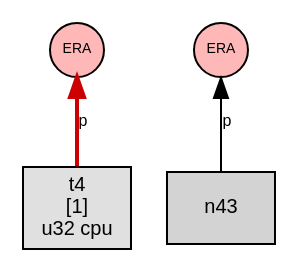
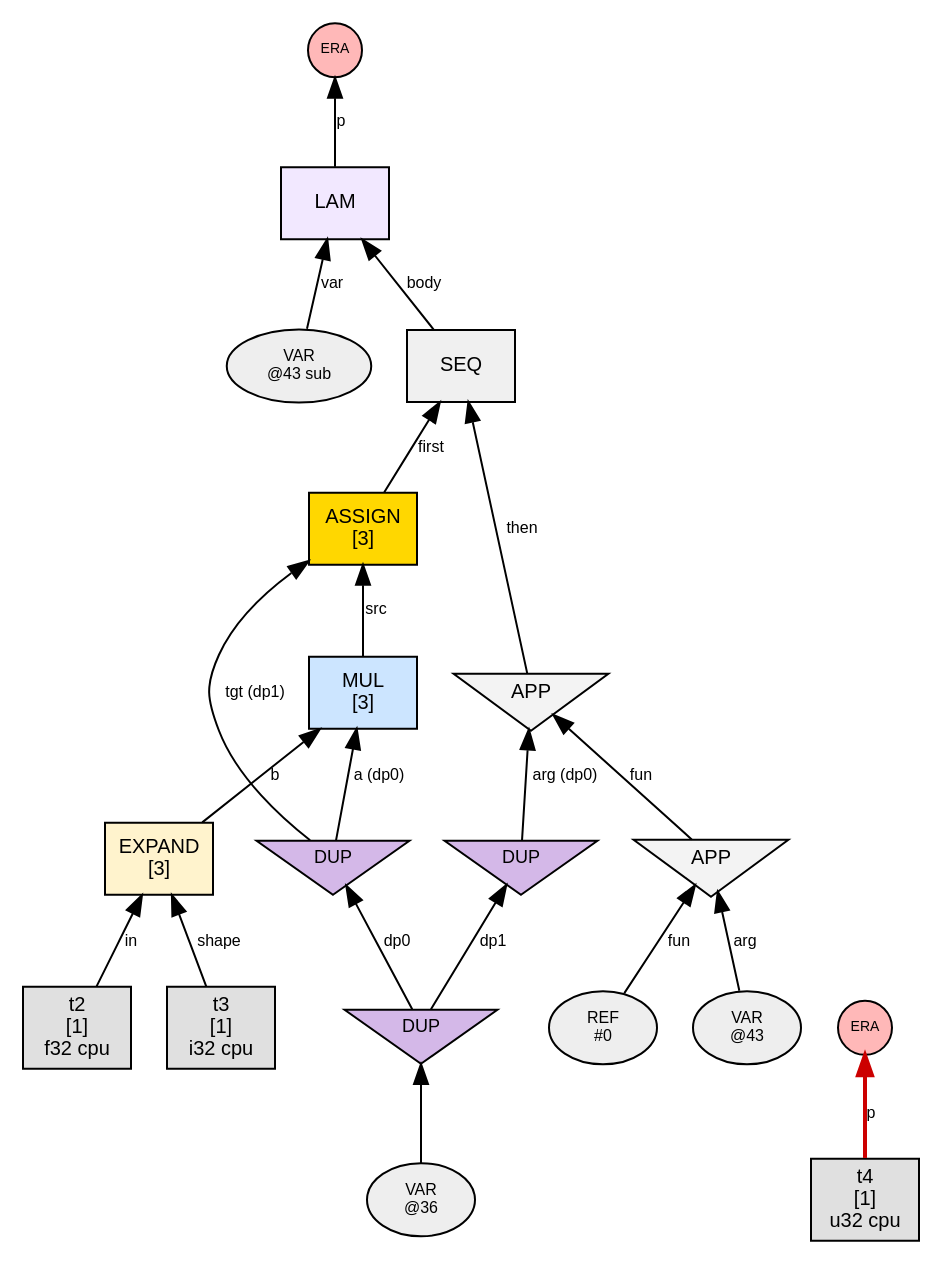
The diagram in phase1_graphs/loop_assign_simple/n0_steps/step_005_interact_IFZ.dot (sw1sh/TinyHVM), drawn with Graphviz before and after one commit. The commit also changed 113 other files, not shown here.

First line of the commit message:
fix: step graph quality — init highlight, TAG_SEQ, checker rules

```diff
--- a/phase1_graphs/loop_assign_simple/n0_steps/step_005_interact_IFZ.dot
+++ b/phase1_graphs/loop_assign_simple/n0_steps/step_005_interact_IFZ.dot
@@ -1,13 +1,46 @@
 digraph G {
   // PREV_INTERACTION: interact_IFZ
   // NEXT_INTERACTION: interact_era_on_TEN
   rankdir=BT;
   node [fontname="Helvetica", fontsize=10, style=filled, shape=box, margin="0.1,0.05"];
   edge [fontsize=8, fontname="Helvetica"];
 
+  n43 [label="LAM", shape=box, fillcolor="#f2e8ff"];
+  var43 [label="VAR\n@43 sub", shape=oval, fillcolor="#eeeeee", fontsize=8];
+  var43 -> n43 [label="var"];
+  n45 -> n43 [label="body"];
+  n45 [label="SEQ", shape=box, fillcolor="#f0f0f0"];
+  n47 -> n45 [label="first"];
+  n54 -> n45 [label="then"];
+  n47 [label="ASSIGN\n[3]", shape=box, fillcolor="#ffd700"];
+  dup49 [label="DUP", shape=invtriangle, fillcolor="#d4b8e8", fontsize=9, width=0.7, height=0.5];
+  dup42 -> dup49 [label="dp0"];
+  dup42 [label="DUP", shape=invtriangle, fillcolor="#d4b8e8", fontsize=9, width=0.7, height=0.5];
+  var42 [label="VAR\n@36", shape=oval, fillcolor="#eeeeee", fontsize=8];
+  var42 -> dup42;
+  dup49 -> n47 [label="tgt (dp1)"];
+  n50 -> n47 [label="src"];
+  n54 [label="APP", shape=invtriangle, fillcolor="#f3f3f3"];
+  n56 -> n54 [label="fun"];
+  dup41 [label="DUP", shape=invtriangle, fillcolor="#d4b8e8", fontsize=9, width=0.7, height=0.5];
+  dup42 -> dup41 [label="dp1"];
+  dup41 -> n54 [label="arg (dp0)"];
+  n50 [label="MUL\n[3]", shape=box, fillcolor="#cce5ff"];
+  dup49 -> n50 [label="a (dp0)"];
+  n52 -> n50 [label="b"];
+  n52 [label="EXPAND\n[3]", shape=box, fillcolor="#fff3cd"];
+  t2 [label="t2\n[1]\nf32 cpu",shape=box,fillcolor="#e0e0e0"];
+  t2 -> n52 [label="in"];
+  t3 [label="t3\n[1]\ni32 cpu",shape=box,fillcolor="#e0e0e0"];
+  t3 -> n52 [label="shape"];
+  n56 [label="APP", shape=invtriangle, fillcolor="#f3f3f3"];
+  ref56 [label="REF\n#0", shape=oval, fillcolor="#eeeeee", fontsize=8];
+  ref56 -> n56 [label="fun"];
+  var57 [label="VAR\n@43", shape=oval, fillcolor="#eeeeee", fontsize=8];
+  var57 -> n56 [label="arg"];
   era59 [label="ERA",shape=circle,width=0.38,height=0.38,fixedsize=true,fillcolor="#ffb8b8",fontsize=7];
   t4 [label="t4\n[1]\nu32 cpu",shape=box,fillcolor="#e0e0e0"];
   t4 -> era59 [label="p",color="#cc0000",penwidth=2.0];
   era61 [label="ERA",shape=circle,width=0.38,height=0.38,fixedsize=true,fillcolor="#ffb8b8",fontsize=7];
   n43 -> era61 [label="p"];
 }
```
